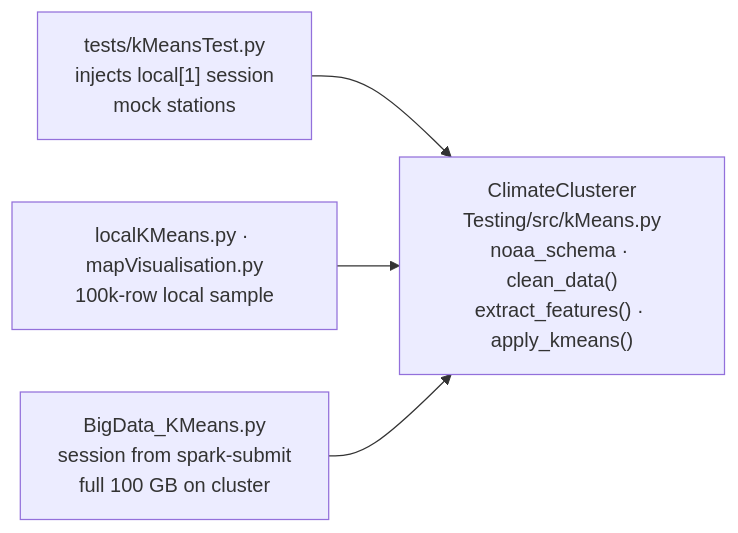
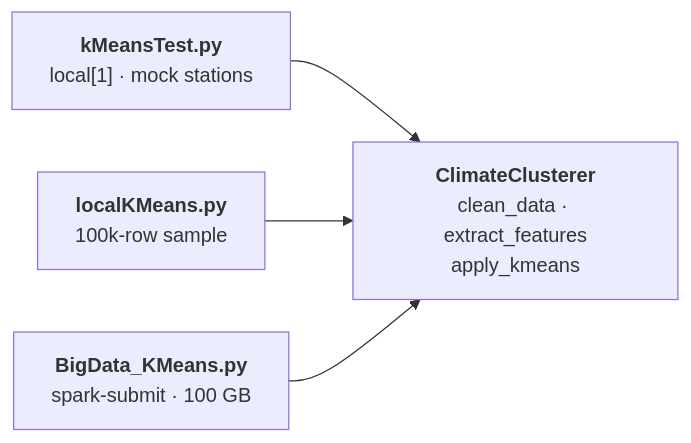
The fifth of 8 diagrams in README.md (Arbzzz04/spark-massive-scale-analytics), drawn with Mermaid before and after one commit. The commit also changed other lines of this file, not shown here.

First line of the commit message:
Split README diagrams into compact, wide segments

````diff
--- a/README.md
+++ b/README.md
@@ -150,7 +131,7 @@
 ```mermaid
 flowchart LR
-    T["tests/kMeansTest.py<br/>injects local[1] session<br/>mock stations"] --> CC
-    L["localKMeans.py · mapVisualisation.py<br/>100k-row local sample"] --> CC
-    B["BigData_KMeans.py<br/>session from spark-submit<br/>full 100 GB on cluster"] --> CC
-    CC["ClimateClusterer<br/>Testing/src/kMeans.py<br/>noaa_schema · clean_data()<br/>extract_features() · apply_kmeans()"]
+    T["<b>kMeansTest.py</b><br/>local[1] · mock stations"] --> CC
+    L["<b>localKMeans.py</b><br/>100k-row sample"] --> CC
+    B["<b>BigData_KMeans.py</b><br/>spark-submit · 100 GB"] --> CC
+    CC["<b>ClimateClusterer</b><br/>clean_data · extract_features<br/>apply_kmeans"]
 ```
````
